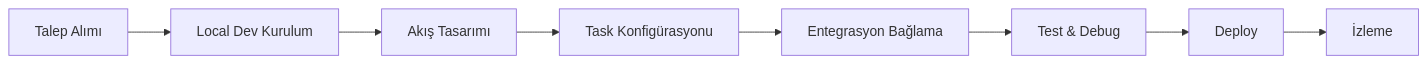
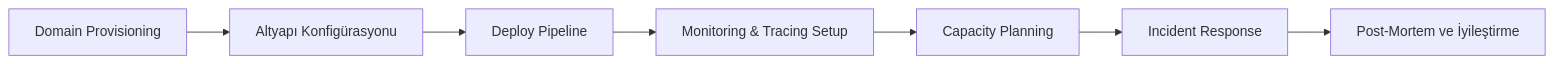
The second of 5 diagrams in product/personas/index.md (burgan-tech/vnext-docs), drawn with Mermaid before and after one commit. The commit also changed other lines of this file and 14 other files, not shown here.

````diff
--- a/product/personas/index.md
+++ b/product/personas/index.md
@@ -59,10 +48,9 @@
 ```mermaid
 graph LR
-    A[Talep Alımı] --> B[Local Dev Kurulum]
-    B --> C[Akış Tasarımı]
-    C --> D[Task Konfigürasyonu]
-    D --> E[Entegrasyon Bağlama]
-    E --> F[Test & Debug]
-    F --> G[Deploy]
-    G --> H[İzleme]
+    A[Domain Provisioning] --> B[Altyapı Konfigürasyonu]
+    B --> C[Deploy Pipeline]
+    C --> D[Monitoring & Tracing Setup]
+    D --> E[Capacity Planning]
+    E --> F[Incident Response]
+    F --> G[Post-Mortem ve İyileştirme]
 ```
````
